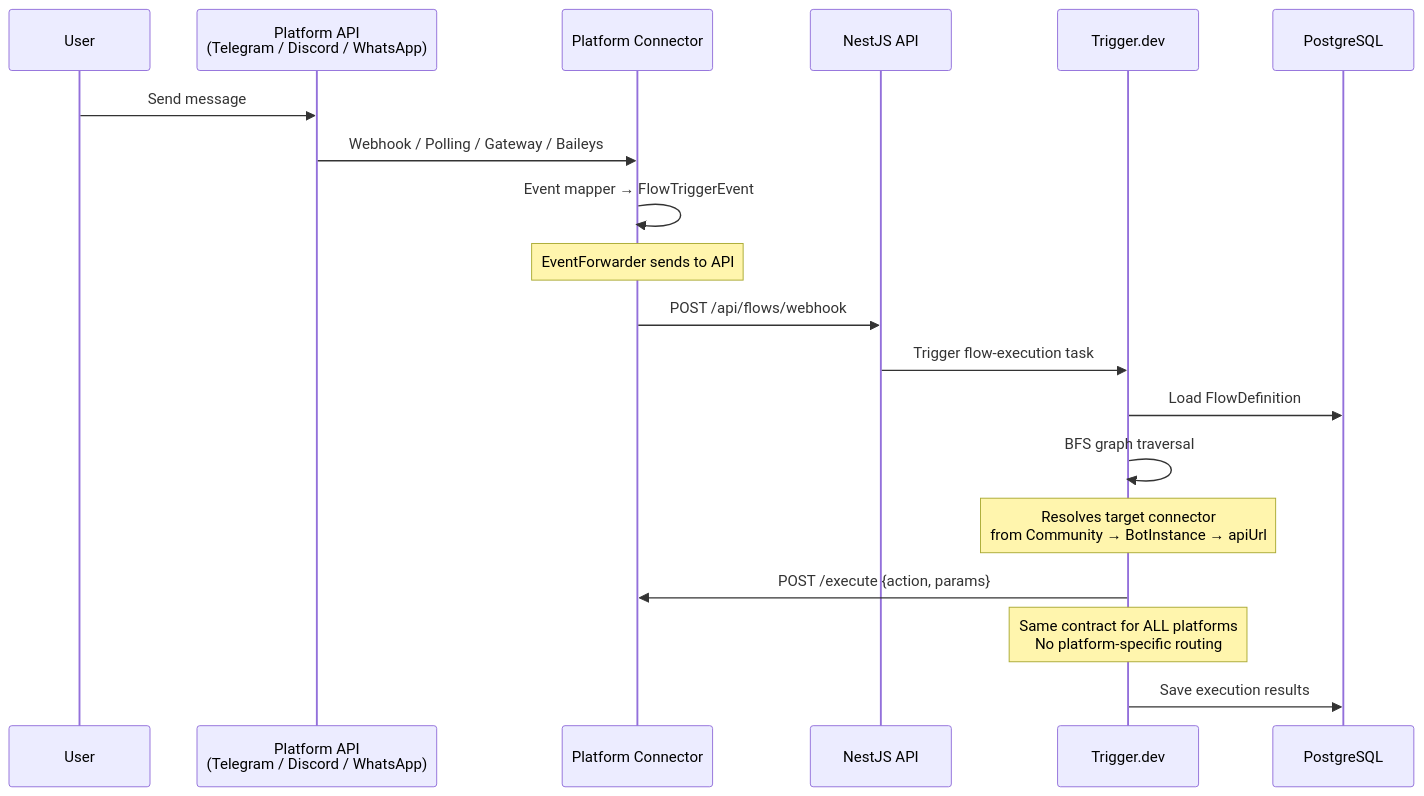
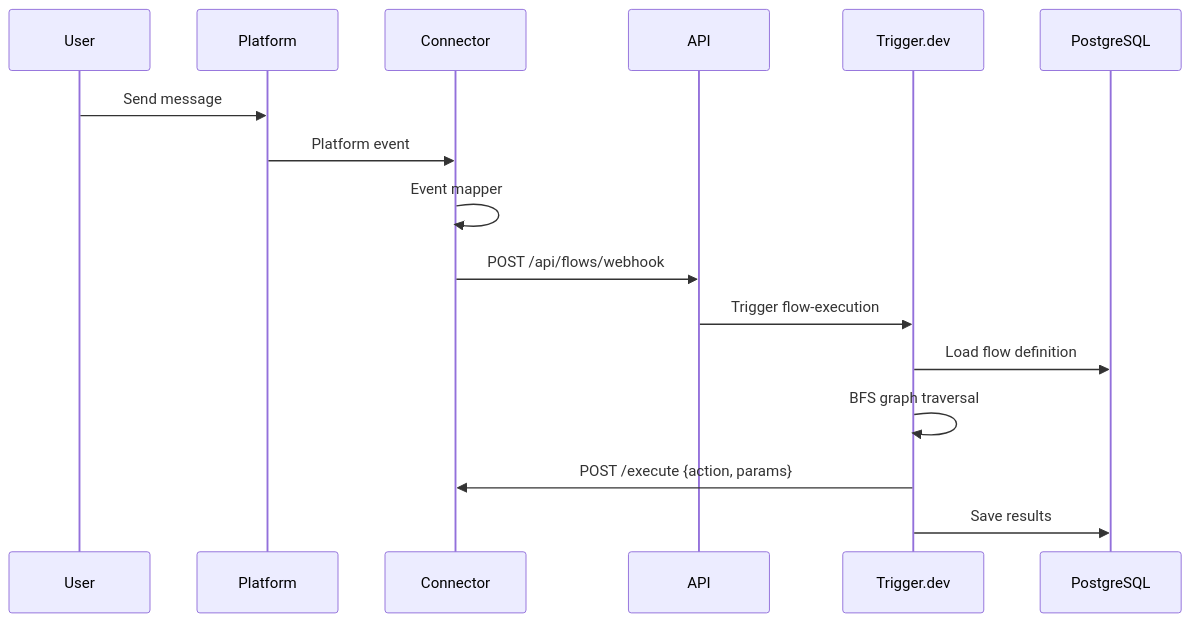
Before and after one commit to kolezka/flowbot: the third of 9 diagrams in README.md, drawn with Mermaid. The commit also changed other lines of this file, not shown here.

Commit message:
docs: rewrite README.md 2.0 with mermaid diagrams throughout

````diff
--- a/README.md
+++ b/README.md
@@ -184,25 +152,19 @@
 ```mermaid
 sequenceDiagram
     participant U as User
-    participant P as Platform API<br/>(Telegram / Discord / WhatsApp)
-    participant CON as Platform Connector
-    participant API as NestJS API
-    participant TR as Trigger.dev
+    participant P as Platform
+    participant C as Connector
+    participant API as API
+    participant T as Trigger.dev
     participant DB as PostgreSQL
 
     U->>P: Send message
-    P->>CON: Webhook / Polling / Gateway / Baileys
-    CON->>CON: Event mapper → FlowTriggerEvent
-    Note over CON: EventForwarder sends to API
-
-    CON->>API: POST /api/flows/webhook
-    API->>TR: Trigger flow-execution task
-    TR->>DB: Load FlowDefinition
-    TR->>TR: BFS graph traversal
-    Note over TR: Resolves target connector<br/>from Community → BotInstance → apiUrl
-
-    TR->>CON: POST /execute {action, params}
-    Note over TR: Same contract for ALL platforms<br/>No platform-specific routing
-
-    TR->>DB: Save execution results
+    P->>C: Platform event
+    C->>C: Event mapper
+    C->>API: POST /api/flows/webhook
+    API->>T: Trigger flow-execution
+    T->>DB: Load flow definition
+    T->>T: BFS graph traversal
+    T->>C: POST /execute {action, params}
+    T->>DB: Save results
 ```
````
